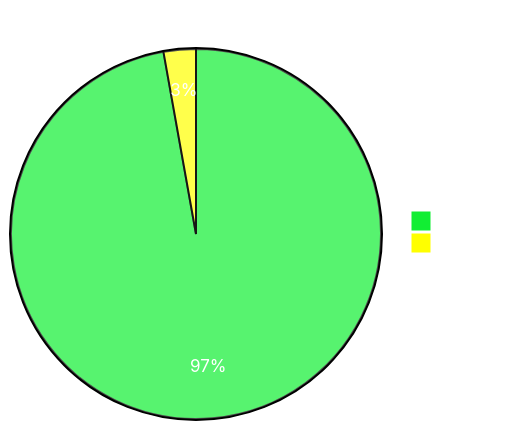
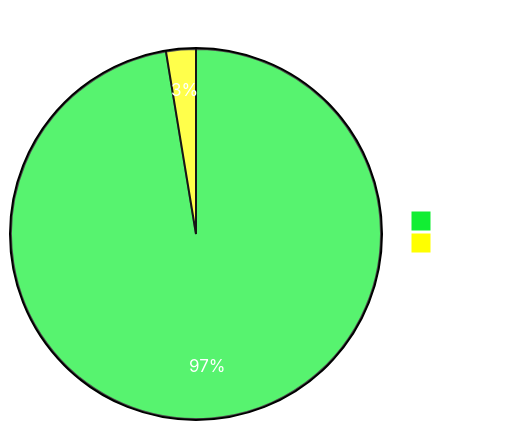
Before and after one commit to sumanthtatipamula/Programming: the diagram in Readme.md, drawn with Mermaid. The commit also changed 7 other files, not shown here.

````diff
--- a/Readme.md
+++ b/Readme.md
@@ -23,18 +23,18 @@
 ```mermaid
 %%{
   init:
   {
     'theme': 'base',
     'themeVariables':
       {
         'primaryTextColor': '#fff',
         'pie1': '#1E3',
         'pie2': '#FFFF00'
       }
   }
 }%%
 pie showData
     title Problems Solved Per Tag
-    "Tree" : 69
+    "Tree" : 75
     "Graphs": 2
 ```
````
